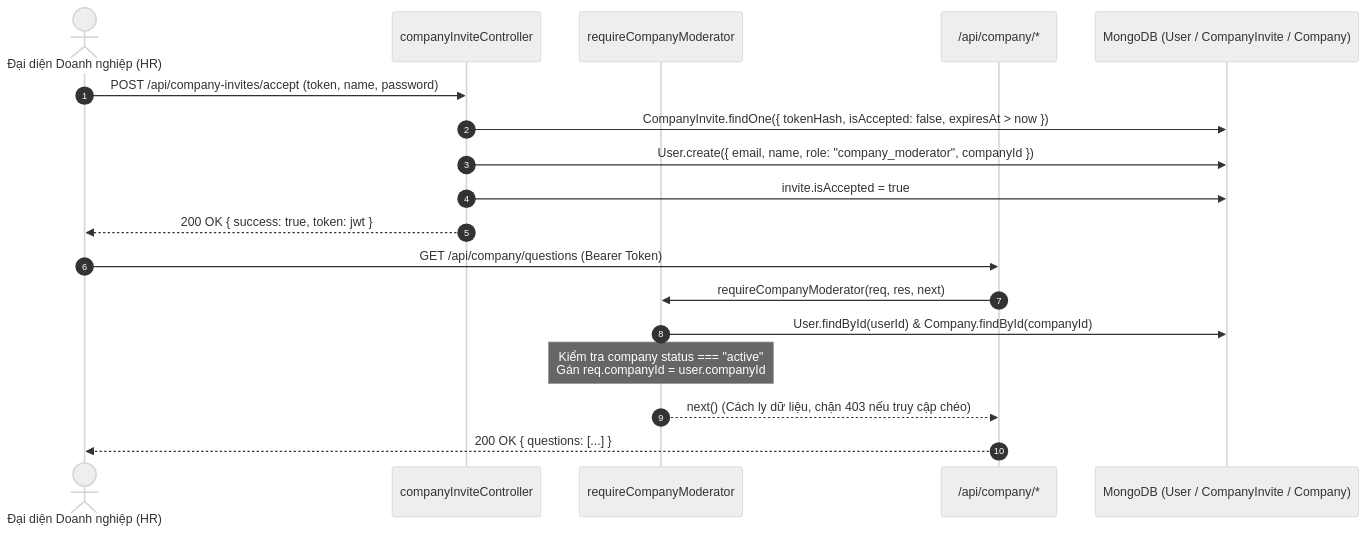
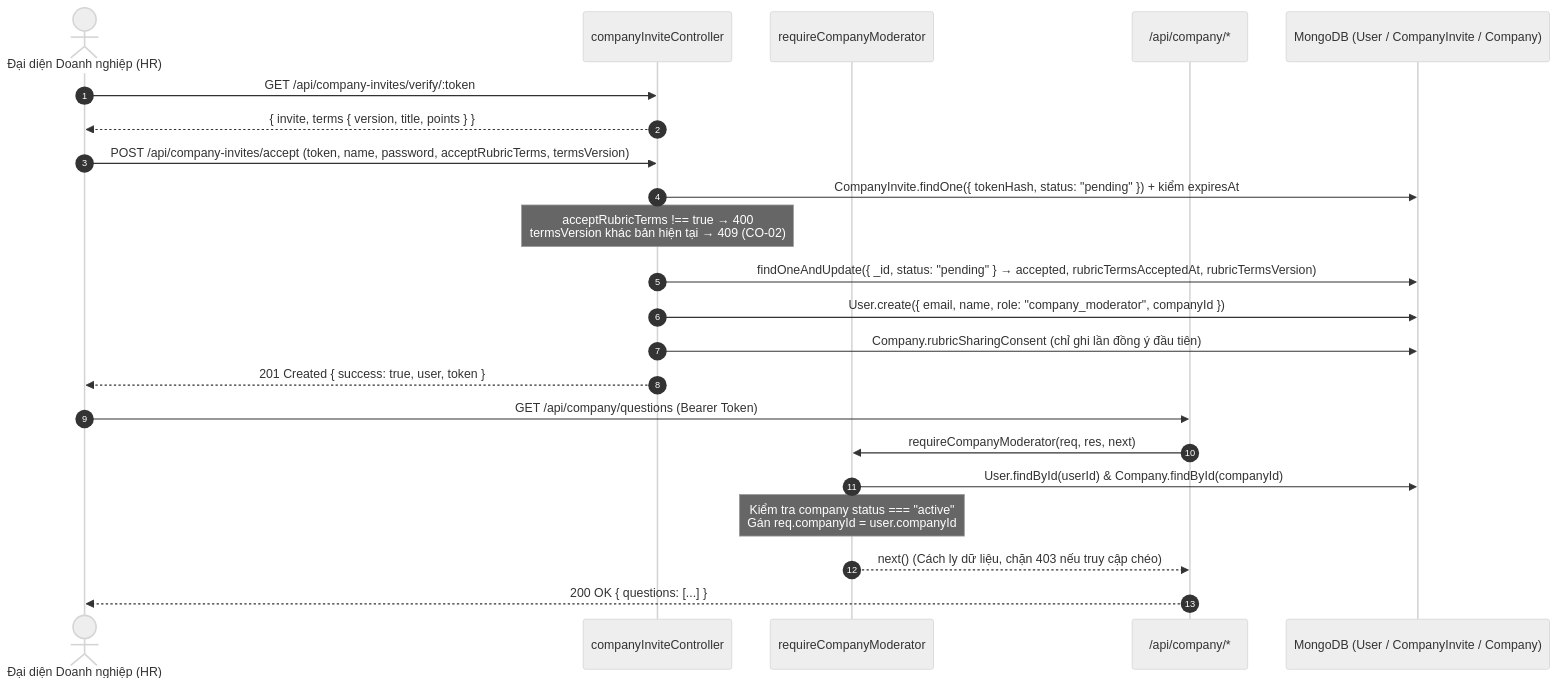
One commit to YenNhi206/ProInterview changed the seventh of 8 diagrams in docs/report/SDD.md. Above: the diagram before and after it, drawn with Mermaid (neutral theme). The commit also changed 10 other files, not shown here.

First line of the commit message:
feat(company): CO-02: dong y dieu khoan dung rubric an danh khi nhan loi moi, luu thoi diem dong y

````diff
--- a/docs/report/SDD.md
+++ b/docs/report/SDD.md
@@ -906,22 +906,26 @@
 ```mermaid
 sequenceDiagram
     autonumber
     actor HR as Đại diện Doanh nghiệp (HR)
     participant InviteCtrl as companyInviteController
     participant Middleware as requireCompanyModerator
     participant CompanyRouter as /api/company/*
     participant DB as MongoDB (User / CompanyInvite / Company)
 
-    HR->>InviteCtrl: POST /api/company-invites/accept (token, name, password)
-    InviteCtrl->>DB: CompanyInvite.findOne({ tokenHash, isAccepted: false, expiresAt > now })
+    HR->>InviteCtrl: GET /api/company-invites/verify/:token
+    InviteCtrl-->>HR: { invite, terms { version, title, points } }
+    HR->>InviteCtrl: POST /api/company-invites/accept (token, name, password, acceptRubricTerms, termsVersion)
+    InviteCtrl->>DB: CompanyInvite.findOne({ tokenHash, status: "pending" }) + kiểm expiresAt
+    Note over InviteCtrl: acceptRubricTerms !== true → 400<br/>termsVersion khác bản hiện tại → 409 (CO-02)
+    InviteCtrl->>DB: findOneAndUpdate({ _id, status: "pending" } → accepted, rubricTermsAcceptedAt, rubricTermsVersion)
     InviteCtrl->>DB: User.create({ email, name, role: "company_moderator", companyId })
-    InviteCtrl->>DB: invite.isAccepted = true
-    InviteCtrl-->>HR: 200 OK { success: true, token: jwt }
+    InviteCtrl->>DB: Company.rubricSharingConsent (chỉ ghi lần đồng ý đầu tiên)
+    InviteCtrl-->>HR: 201 Created { success: true, user, token }
 
     HR->>CompanyRouter: GET /api/company/questions (Bearer Token)
     CompanyRouter->>Middleware: requireCompanyModerator(req, res, next)
     Middleware->>DB: User.findById(userId) & Company.findById(companyId)
     Note over Middleware: Kiểm tra company status === "active"<br/>Gán req.companyId = user.companyId
     Middleware-->>CompanyRouter: next() (Cách ly dữ liệu, chặn 403 nếu truy cập chéo)
     CompanyRouter-->>HR: 200 OK { questions: [...] }
 ```
````
